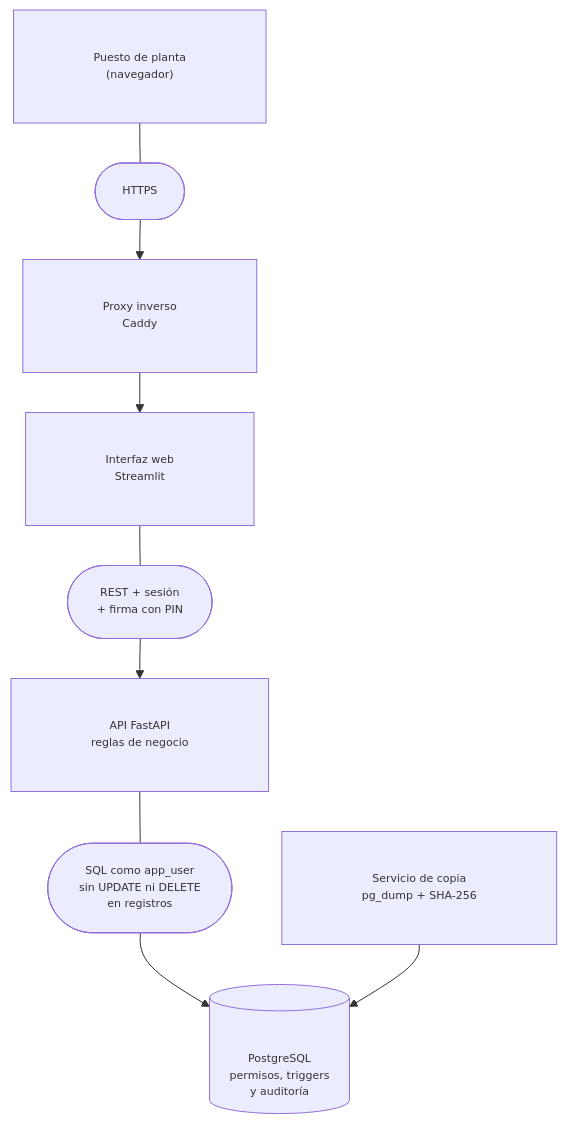
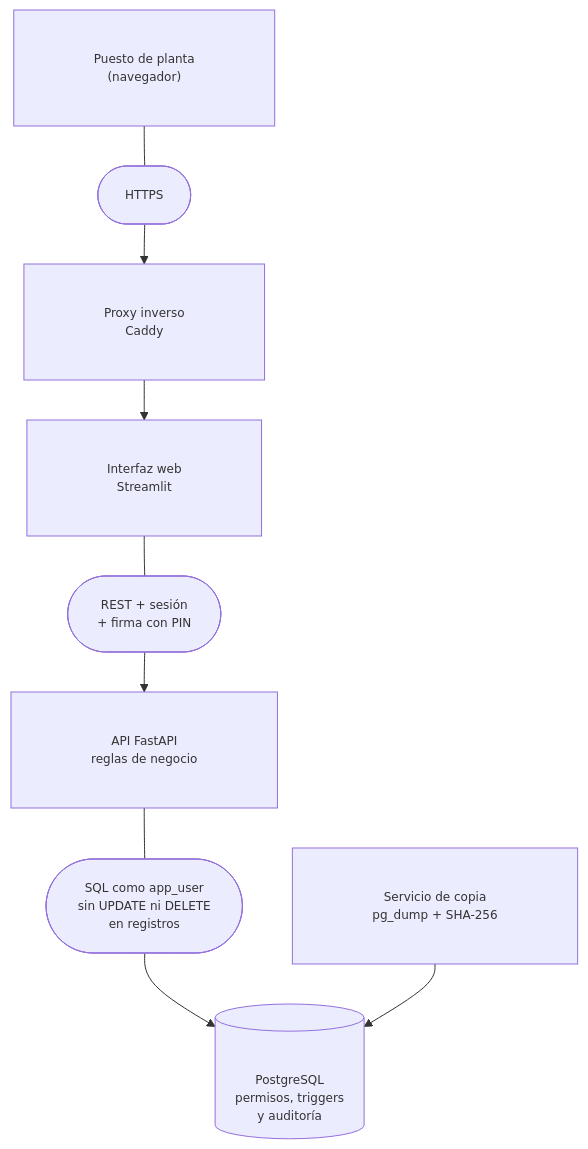
The diagram in README.md (Aless-Mereu/Escaparate-Libro-Diligenciado-Digital), drawn with Mermaid before and after one commit.

Commit message:
cambios estéticos menores

````diff
--- a/README.md
+++ b/README.md
@@ -63,11 +63,11 @@
 ```mermaid
-%%{init: {"themeVariables": {"fontSize": "11px", "fontFamily": "Arial, Helvetica, sans-serif"}, "flowchart": {"htmlLabels": false, "padding": 40, "nodeSpacing": 50, "rankSpacing": 40}}}%%
+%%{init: {"themeVariables": {"fontSize": "12px", "fontFamily": "Arial, Helvetica, sans-serif"}, "flowchart": {"htmlLabels": false, "padding": 40, "nodeSpacing": 50, "rankSpacing": 40}}}%%
 flowchart TD
     %% Los textos de las flechas van en cajas propias (forma redondeada):
     %% las cajas tienen fondo opaco y la flecha no las atraviesa.
     A["Puesto de planta<br/>(navegador)"] --- C1(["HTTPS"]) --> P["Proxy inverso<br/>Caddy"]
     P --> F["Interfaz web<br/>Streamlit"]
     F --- C2(["REST + sesión<br/>+ firma con PIN"]) --> B["API FastAPI<br/>reglas de negocio"]
     B --- C3(["SQL como app_user<br/>sin UPDATE ni DELETE<br/>en registros"]) --> D[("PostgreSQL<br/>permisos, triggers<br/>y auditoría")]
     K["Servicio de copia<br/>pg_dump + SHA-256"] --> D
 ```
````
